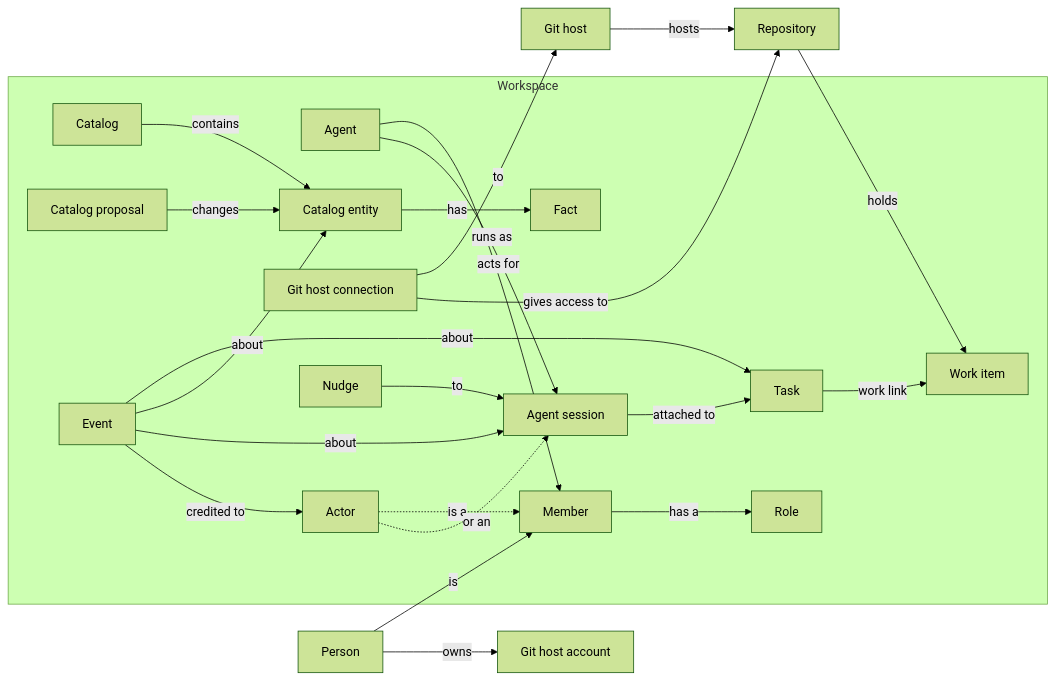
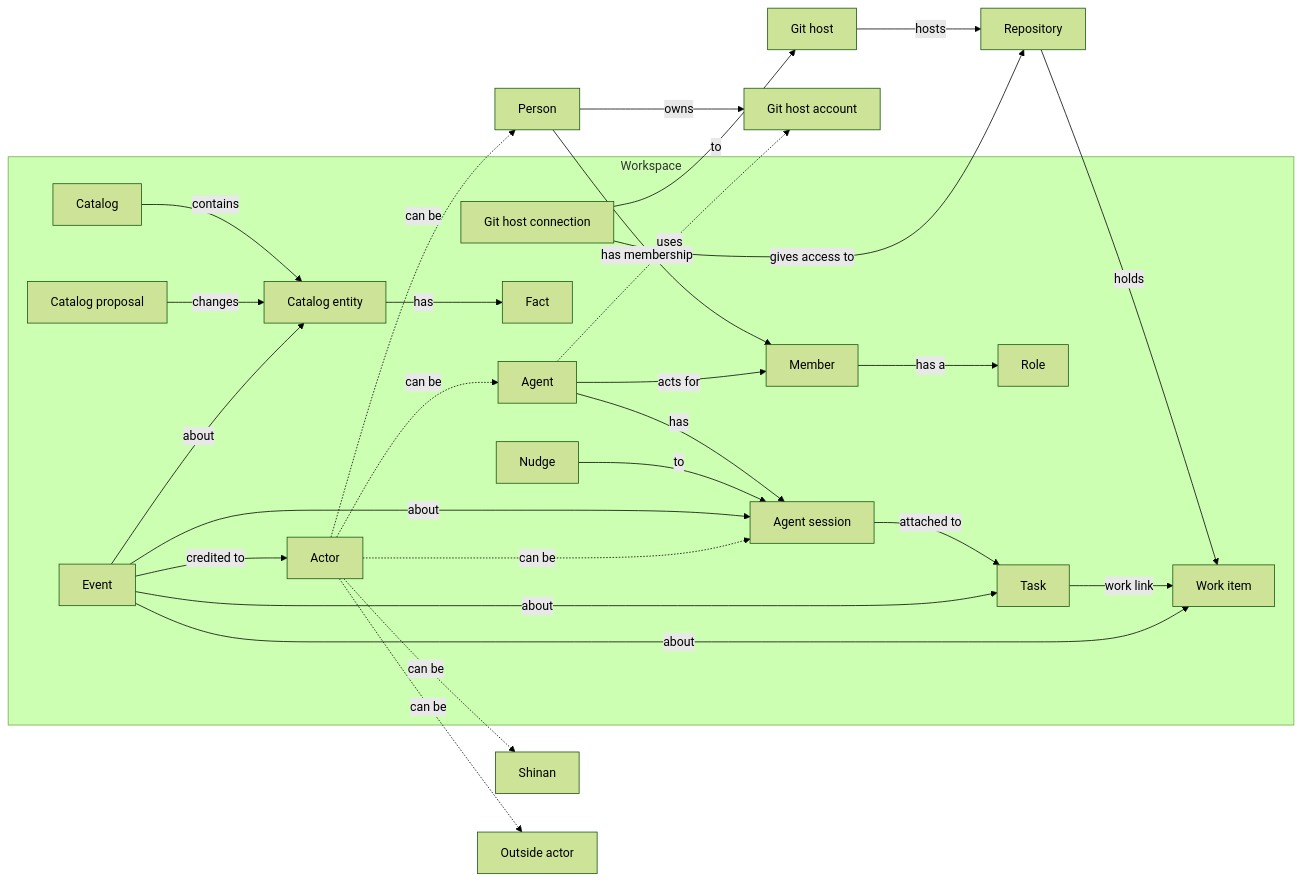
The diagram in docs/domain-model.md (guneet-xyz/shinan), drawn with Mermaid (forest theme) before and after one commit. The commit also changed other lines of this file, not shown here.

````diff
--- a/docs/domain-model.md
+++ b/docs/domain-model.md
@@ -77,27 +87,39 @@
 ```mermaid
 flowchart LR
+  P[Person]
+  GA[Git host account]
+  GH[Git host]
+  R[Repository]
+  WI[Work item]
+  SH[Shinan]
+  OA[Outside actor]
+  P -->|owns| GA
+  P -->|has membership| M
+  GH -->|hosts| R
+  R -->|holds| WI
   subgraph WS[Workspace]
     M[Member] -->|has a| ROLE[Role]
     AG[Agent] -->|acts for| M
-    AG -->|runs as| AS[Agent session]
+    AG -->|has| AS[Agent session]
     AS -->|attached to| T[Task]
-    T -->|work link| WI[Work item]
+    T -->|work link| WI
     CAT[Catalog] -->|contains| CE[Catalog entity]
     CE -->|has| F[Fact]
     CP[Catalog proposal] -->|changes| CE
     CON[Git host connection]
+    N[Nudge] -->|to| AS
     EV[Event] -->|about| T
     EV -->|about| CE
     EV -->|about| AS
+    EV -->|about| WI
     EV -->|credited to| ACT[Actor]
-    N[Nudge] -->|to| AS
   end
-  P[Person] -->|is| M
-  P -->|owns| GA[Git host account]
-  CON -->|to| GH[Git host]
-  GH -->|hosts| R[Repository]
-  R -->|holds| WI
+  AG -.->|uses| GA
+  CON -->|to| GH
   CON -->|gives access to| R
-  ACT -.->|is a| M
-  ACT -.->|or an| AS
+  ACT -.->|can be| P
+  ACT -.->|can be| AG
+  ACT -.->|can be| AS
+  ACT -.->|can be| SH
+  ACT -.->|can be| OA
 ```
````
